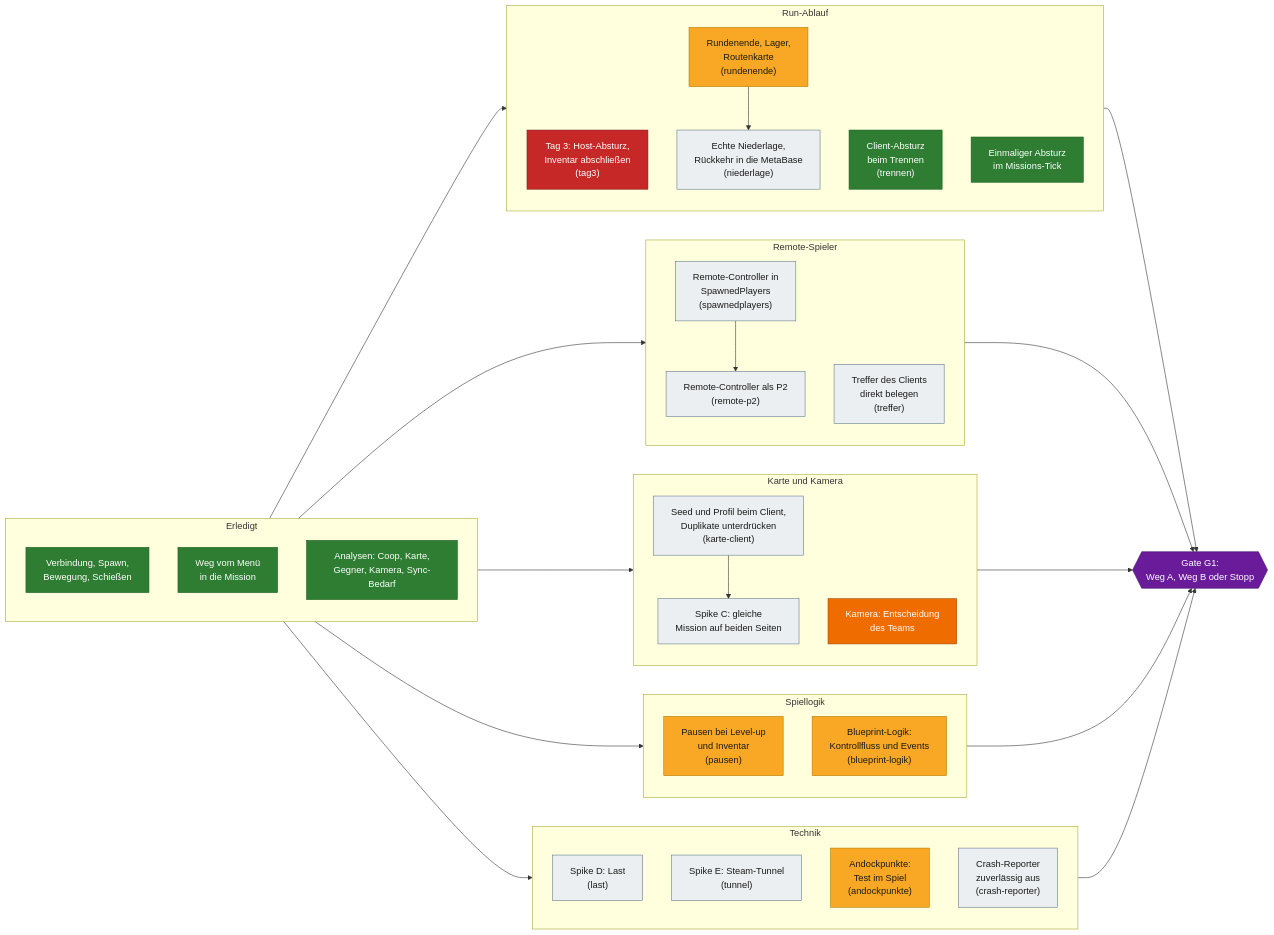
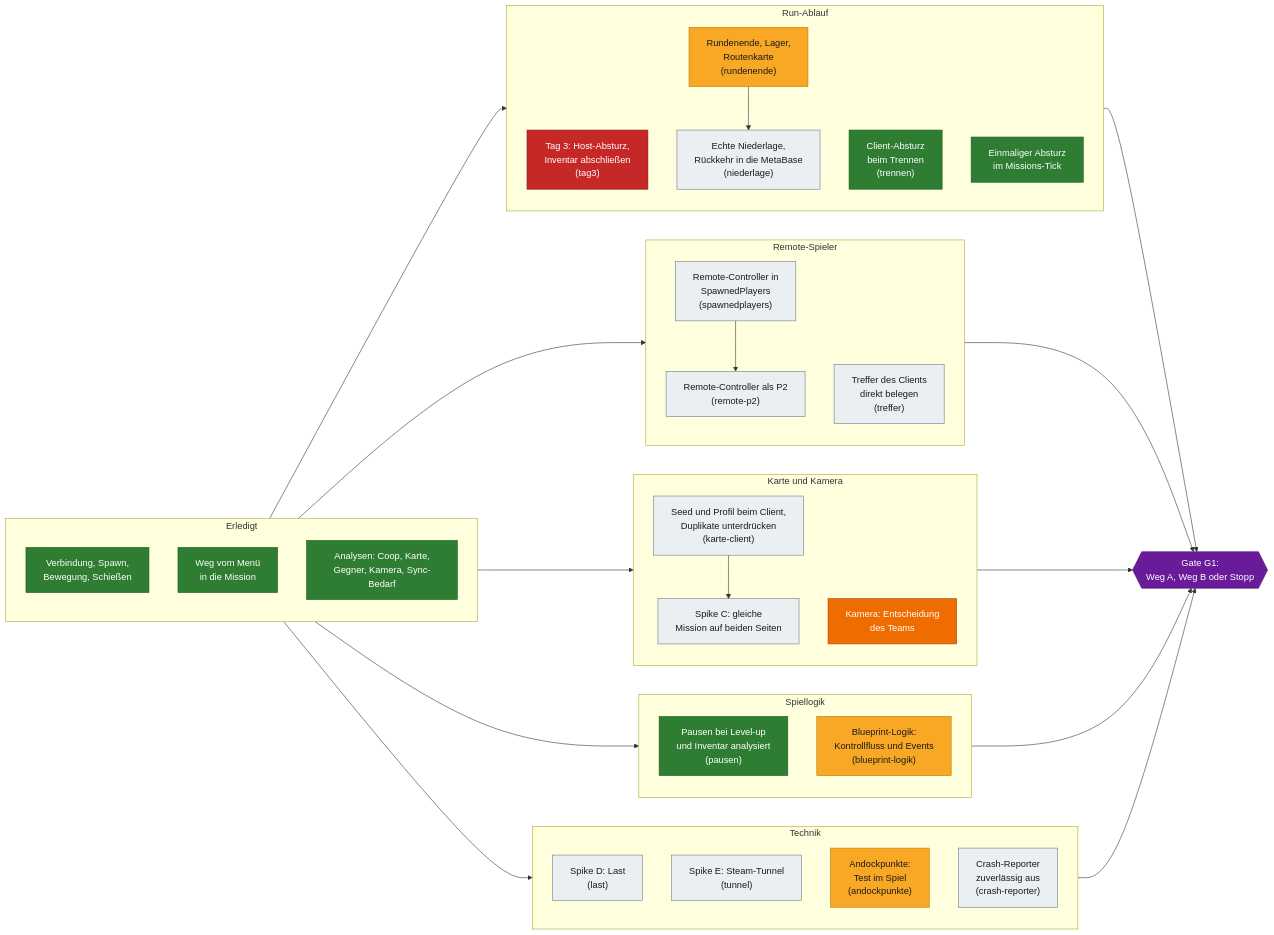
Before and after one commit to VitaminStack/Deadly-Days-Roadtrip-Multiplayer-Mod: the second of 4 diagrams in docs/ROADMAP.md, drawn with Mermaid. The commit also changed 8 other files, not shown here.

````diff
--- a/docs/ROADMAP.md
+++ b/docs/ROADMAP.md
@@ -71,64 +71,64 @@
 ```mermaid
 flowchart LR
     subgraph BASIS["Erledigt"]
         A1["Verbindung, Spawn,<br/>Bewegung, Schießen"]:::done
         A2["Weg vom Menü<br/>in die Mission"]:::done
         A3["Analysen: Coop, Karte,<br/>Gegner, Kamera, Sync-Bedarf"]:::done
     end
 
     subgraph RUN["Run-Ablauf"]
         T3["Tag 3: Host-Absturz,<br/>Inventar abschließen<br/>(tag3)"]:::blocker
         RE["Rundenende, Lager,<br/>Routenkarte<br/>(rundenende)"]:::wip
         NI["Echte Niederlage,<br/>Rückkehr in die MetaBase<br/>(niederlage)"]:::open
         TR["Client-Absturz<br/>beim Trennen<br/>(trennen)"]:::done
         MT["Einmaliger Absturz<br/>im Missions-Tick"]:::done
         RE --> NI
     end
 
     subgraph SPIELER["Remote-Spieler"]
         SP["Remote-Controller in<br/>SpawnedPlayers<br/>(spawnedplayers)"]:::open
         RP["Remote-Controller als P2<br/>(remote-p2)"]:::open
         TF["Treffer des Clients<br/>direkt belegen<br/>(treffer)"]:::open
         SP --> RP
     end
 
     subgraph WELT["Karte und Kamera"]
         KC["Seed und Profil beim Client,<br/>Duplikate unterdrücken<br/>(karte-client)"]:::open
         SC["Spike C: gleiche<br/>Mission auf beiden Seiten"]:::open
         KE["Kamera: Entscheidung<br/>des Teams"]:::decision
         KC --> SC
     end
 
     subgraph LOGIK["Spiellogik"]
-        PA["Pausen bei Level-up<br/>und Inventar<br/>(pausen)"]:::wip
+        PA["Pausen bei Level-up<br/>und Inventar analysiert<br/>(pausen)"]:::done
         BP["Blueprint-Logik:<br/>Kontrollfluss und Events<br/>(blueprint-logik)"]:::wip
     end
 
     subgraph TECHNIK["Technik"]
         LA["Spike D: Last<br/>(last)"]:::open
         TU["Spike E: Steam-Tunnel<br/>(tunnel)"]:::open
         AP["Andockpunkte:<br/>Test im Spiel<br/>(andockpunkte)"]:::wip
         CR["Crash-Reporter<br/>zuverlässig aus<br/>(crash-reporter)"]:::open
     end
 
     BASIS --> RUN
     BASIS --> SPIELER
     BASIS --> WELT
     BASIS --> LOGIK
     BASIS --> TECHNIK
 
     RUN --> G1
     SPIELER --> G1
     WELT --> G1
     LOGIK --> G1
     TECHNIK --> G1
 
     G1{{"Gate G1:<br/>Weg A, Weg B oder Stopp"}}:::gate
 
     classDef done fill:#2e7d32,stroke:#1b5e20,color:#ffffff
     classDef wip fill:#f9a825,stroke:#b27a00,color:#1a1a1a
     classDef open fill:#eceff1,stroke:#607d8b,color:#1a1a1a
     classDef blocker fill:#c62828,stroke:#7f1d1d,color:#ffffff
     classDef decision fill:#ef6c00,stroke:#a34800,color:#ffffff
     classDef gate fill:#6a1b9a,stroke:#3e1163,color:#ffffff
 ```
````
